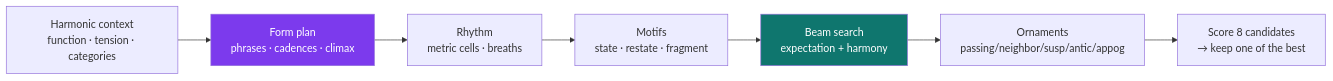
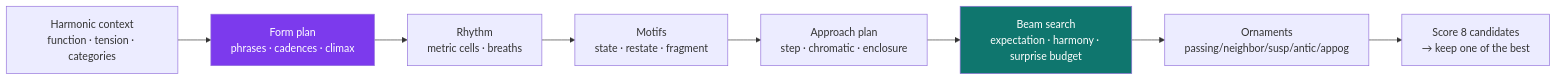
One commit to TGALLOWAY1/Harmonia changed the fifth of 7 diagrams in README.md. Above: the diagram before and after it, drawn with Mermaid. The commit also changed other lines of this file and 11 other files, not shown here.

````diff
--- a/README.md
+++ b/README.md
@@ -403,11 +403,12 @@
 ```mermaid
 flowchart LR
     HC["Harmonic context<br/>function · tension · categories"] --> FP["Form plan<br/>phrases · cadences · climax"]
     FP --> RH["Rhythm<br/>metric cells · breaths"]
     RH --> MO["Motifs<br/>state · restate · fragment"]
-    MO --> BS["Beam search<br/>expectation + harmony"]
+    MO --> AP["Approach plan<br/>step · chromatic · enclosure"]
+    AP --> BS["Beam search<br/>expectation · harmony · surprise budget"]
     BS --> OR["Ornaments<br/>passing/neighbor/susp/antic/appog"]
     OR --> SC["Score 8 candidates<br/>→ keep one of the best"]
     style FP fill:#7c3aed,color:#fff
     style BS fill:#0f766e,color:#fff
 ```
````
